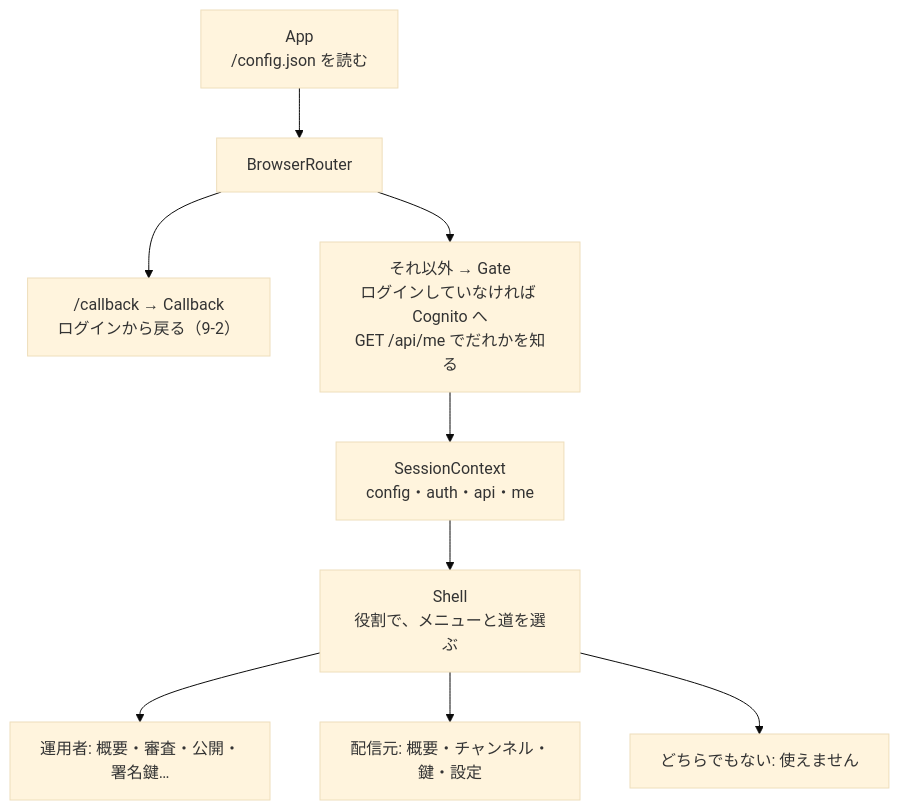
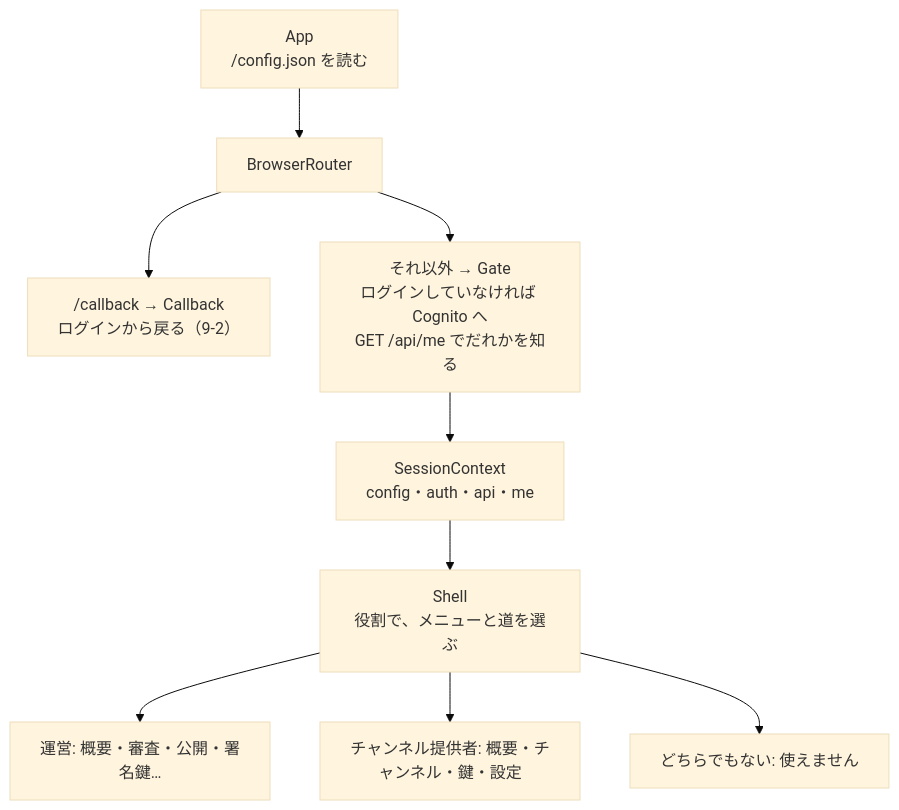
Before and after one commit to duwenji/yorisoi-tutorial: the second of 2 diagrams in 09-console/01-react-vite.md, drawn with Mermaid (base theme). The commit also changed other lines of this file and 62 other files, not shown here.

````diff
--- a/09-console/01-react-vite.md
+++ b/09-console/01-react-vite.md
@@ -175,11 +175,11 @@
 ```mermaid
 flowchart TB
     A["App<br/>/config.json を読む"] --> BR["BrowserRouter"]
     BR --> CB["/callback → Callback<br/>ログインから戻る（9-2）"]
     BR --> G["それ以外 → Gate<br/>ログインしていなければ Cognito へ<br/>GET /api/me でだれかを知る"]
     G --> SC["SessionContext<br/>config・auth・api・me"]
     SC --> S["Shell<br/>役割で、メニューと道を選ぶ"]
-    S --> OP["運用者: 概要・審査・公開・署名鍵…"]
-    S --> PB["配信元: 概要・チャンネル・鍵・設定"]
+    S --> OP["運営: 概要・審査・公開・署名鍵…"]
+    S --> PB["チャンネル提供者: 概要・チャンネル・鍵・設定"]
     S --> NO["どちらでもない: 使えません"]
 ```
````
